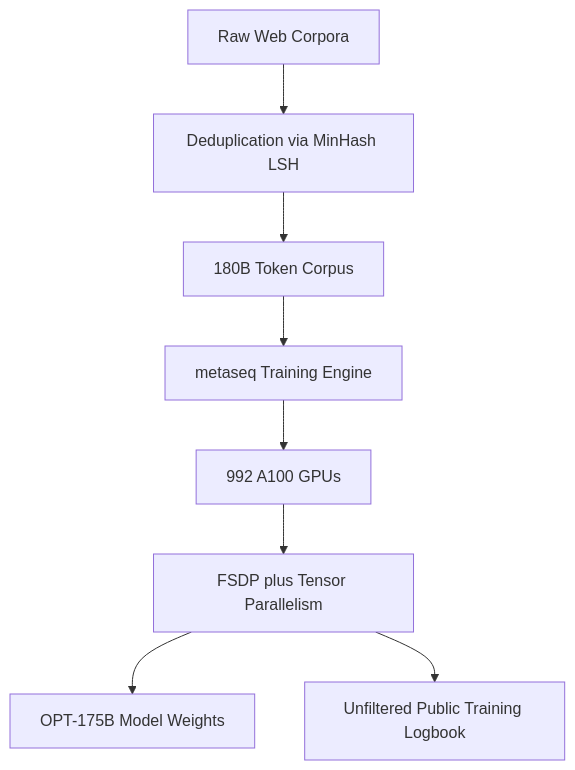
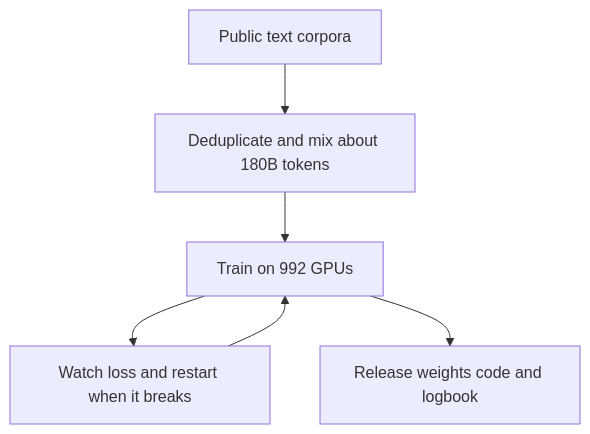
The diagram in content/papers/opt-open-pre-trained-transformer-language-models.md (Tarunsai08/PaperStack), drawn with Mermaid before and after one commit. The commit also changed other lines of this file and 7 other files, not shown here.

````diff
--- a/content/papers/opt-open-pre-trained-transformer-language-models.md
+++ b/content/papers/opt-open-pre-trained-transformer-language-models.md
@@ -116,10 +83,8 @@
 ```mermaid
 flowchart TD
-    A[Raw Web Corpora] --> B[Deduplication via MinHash LSH]
-    B --> C[180B Token Corpus]
-    C --> D[metaseq Training Engine]
-    D --> E[992 A100 GPUs]
-    E --> F[FSDP plus Tensor Parallelism]
-    F --> G[OPT-175B Model Weights]
-    F --> H[Unfiltered Public Training Logbook]
+  A[Public text corpora] --> B[Deduplicate and mix about 180B tokens]
+  B --> C[Train on 992 GPUs]
+  C --> D[Watch loss and restart when it breaks]
+  D --> C
+  C --> E[Release weights code and logbook]
 ```
````
